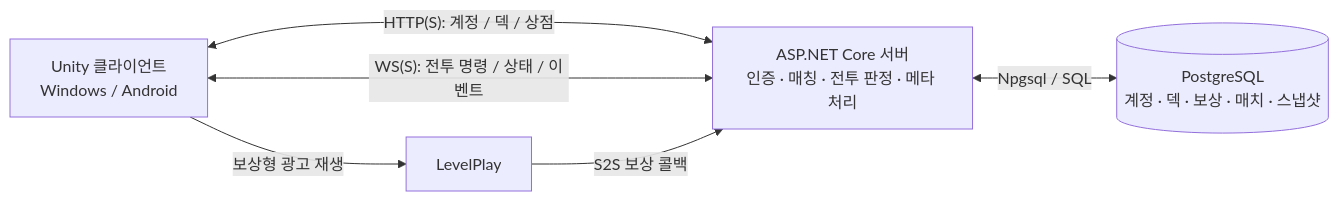
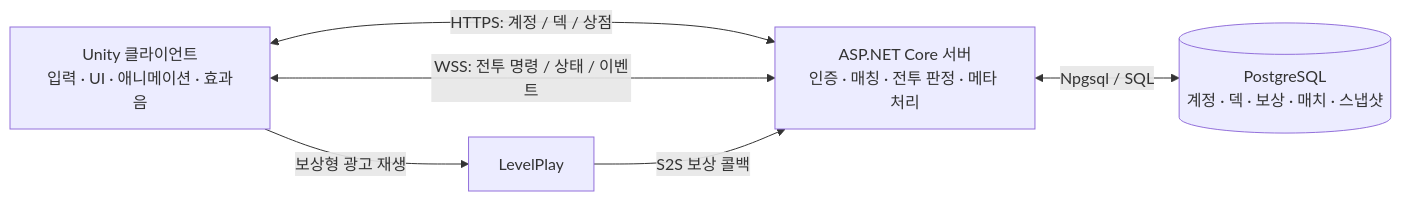
One commit to imyjw/After333 changed the diagram in README.md. Above: the diagram before and after it, drawn with Mermaid. The commit also changed other lines of this file, not shown here.

````diff
--- a/README.md
+++ b/README.md
@@ -64,12 +60,12 @@
 ```mermaid
 flowchart LR
-    Client["Unity 클라이언트<br/>Windows / Android"]
+    Client["Unity 클라이언트<br/>입력 · UI · 애니메이션 · 효과음"]
     Server["ASP.NET Core 서버<br/>인증 · 매칭 · 전투 판정 · 메타 처리"]
     DB[("PostgreSQL<br/>계정 · 덱 · 보상 · 매치 · 스냅샷")]
     Ads["LevelPlay"]
-    Client <-->|"HTTP(S): 계정 / 덱 / 상점"| Server
-    Client <-->|"WS(S): 전투 명령 / 상태 / 이벤트"| Server
+    Client <-->|"HTTPS: 계정 / 덱 / 상점"| Server
+    Client <-->|"WSS: 전투 명령 / 상태 / 이벤트"| Server
     Server <-->|"Npgsql / SQL"| DB
     Client -->|"보상형 광고 재생"| Ads
     Ads -->|"S2S 보상 콜백"| Server
 ```
````
